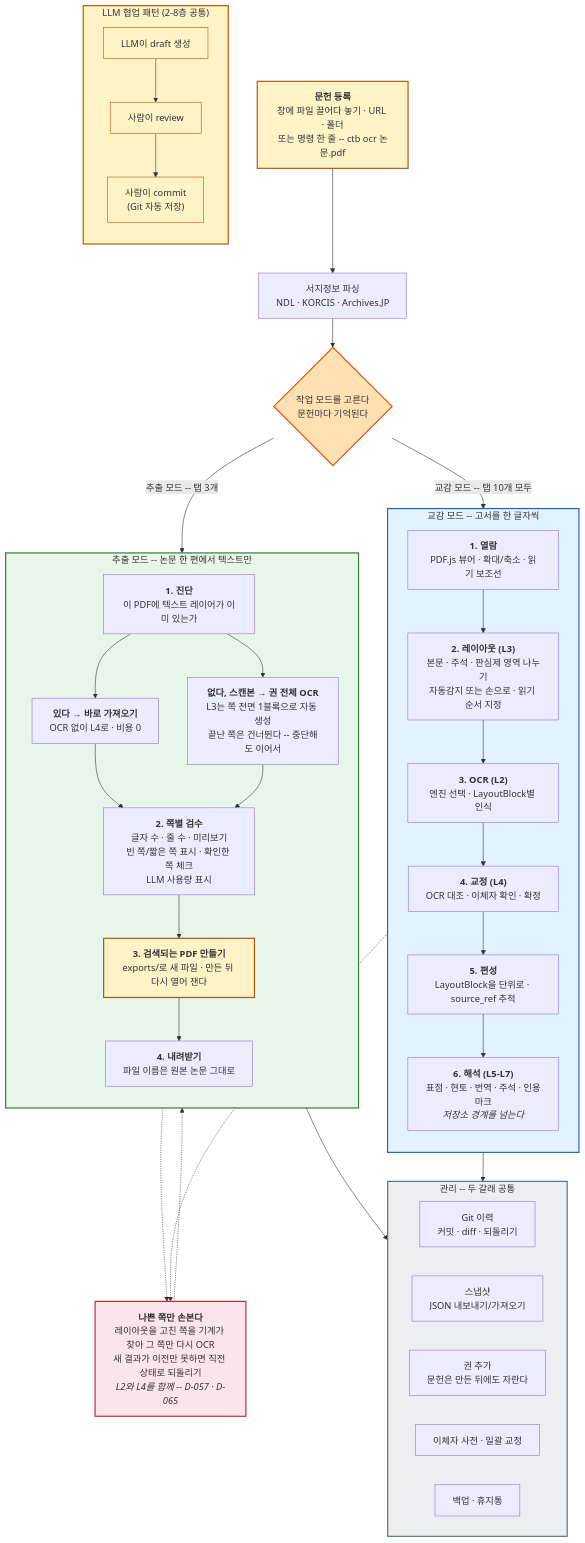
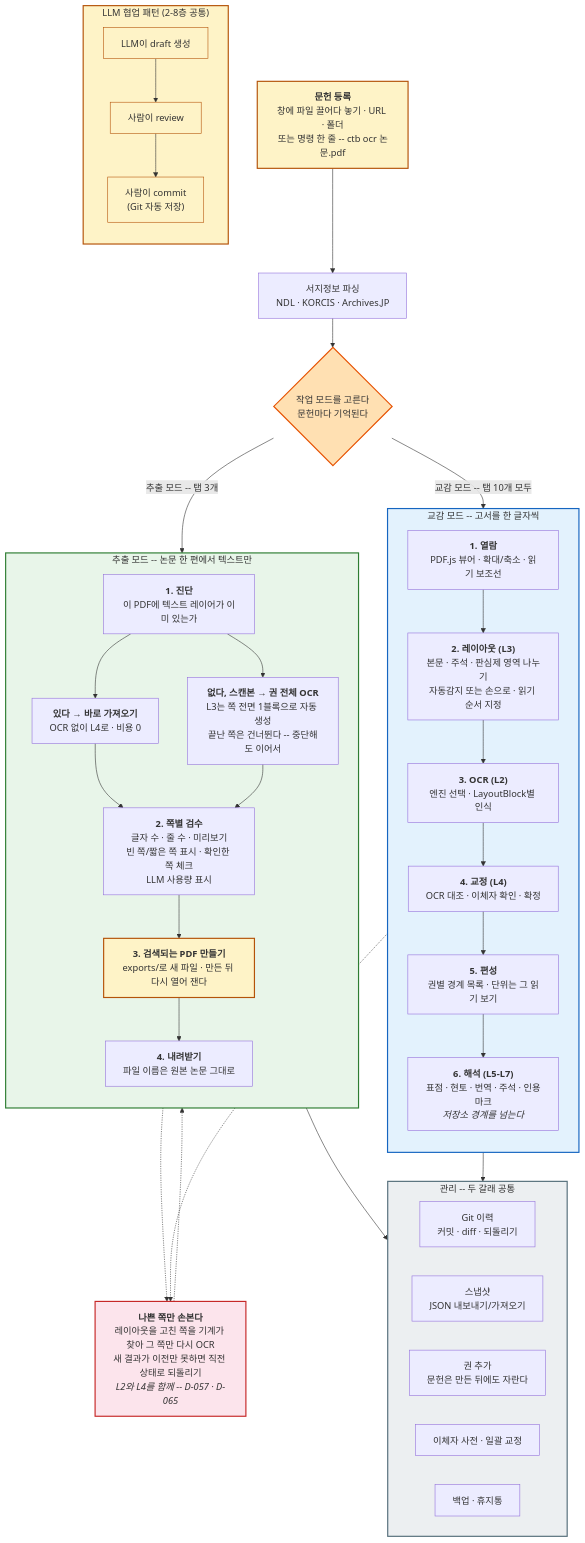
One commit to hw725/classical-text-browser changed the sixth of 14 diagrams in docs/architecture-diagrams.md. Above: the diagram before and after it, drawn with Mermaid. The commit also changed other lines of this file and 47 other files, not shown here.

````diff
--- a/docs/architecture-diagrams.md
+++ b/docs/architecture-diagrams.md
@@ -497,71 +499,71 @@
 ```mermaid
 flowchart TB
     START["<b>문헌 등록</b><br/>창에 파일 끌어다 놓기 · URL · 폴더<br/>또는 명령 한 줄 -- ctb ocr 논문.pdf"]
     BIBP["서지정보 파싱<br/>NDL · KORCIS · Archives.JP"]
     MODE{"작업 모드를 고른다<br/>문헌마다 기억된다"}
     START --> BIBP --> MODE
 
     MODE -->|"교감 모드 -- 탭 10개 모두"| C1
     MODE -->|"추출 모드 -- 탭 3개"| E1
 
     subgraph COLLATE["교감 모드 -- 고서를 한 글자씩"]
         direction TB
         C1["<b>1. 열람</b><br/>PDF.js 뷰어 · 확대/축소 · 읽기 보조선"]
         C2["<b>2. 레이아웃 (L3)</b><br/>본문 · 주석 · 판심제 영역 나누기<br/>자동감지 또는 손으로 · 읽기 순서 지정"]
         C3["<b>3. OCR (L2)</b><br/>엔진 선택 · LayoutBlock별 인식"]
         C4["<b>4. 교정 (L4)</b><br/>OCR 대조 · 이체자 확인 · 확정"]
-        C5["<b>5. 편성</b><br/>LayoutBlock을 단위로 · source_ref 추적"]
+        C5["<b>5. 편성</b><br/>권별 경계 목록 · 단위는 그 읽기 보기"]
         C6["<b>6. 해석 (L5-L7)</b><br/>표점 · 현토 · 번역 · 주석 · 인용마크<br/><i>저장소 경계를 넘는다</i>"]
         C1 --> C2 --> C3 --> C4 --> C5 --> C6
     end
 
     subgraph EXTRACT["추출 모드 -- 논문 한 편에서 텍스트만"]
         direction TB
         E1["<b>1. 진단</b><br/>이 PDF에 텍스트 레이어가 이미 있는가"]
         E2A["<b>있다 → 바로 가져오기</b><br/>OCR 없이 L4로 · 비용 0"]
         E2B["<b>없다, 스캔본 → 권 전체 OCR</b><br/>L3는 쪽 전면 1블록으로 자동 생성<br/>끝난 쪽은 건너뛴다 -- 중단해도 이어서"]
         E3["<b>2. 쪽별 검수</b><br/>글자 수 · 줄 수 · 미리보기<br/>빈 쪽/짧은 쪽 표시 · 확인한 쪽 체크<br/>LLM 사용량 표시"]
         E4["<b>3. 검색되는 PDF 만들기</b><br/>exports/로 새 파일 · 만든 뒤 다시 열어 잰다"]
         E5["<b>4. 내려받기</b><br/>파일 이름은 원본 논문 그대로"]
         E1 --> E2A --> E3
         E1 --> E2B --> E3
         E3 --> E4 --> E5
     end
 
     FIX["<b>나쁜 쪽만 손본다</b><br/>레이아웃을 고친 쪽을 기계가 찾아 그 쪽만 다시 OCR<br/>새 결과가 이전만 못하면 직전 상태로 되돌리기<br/><i>L2와 L4를 함께 -- D-057 · D-065</i>"]
     E3 -.-> FIX
     C4 -.-> FIX
     FIX -.-> E3
 
     subgraph MANAGE["관리 -- 두 갈래 공통"]
         direction LR
         M1["Git 이력<br/>커밋 · diff · 되돌리기"]
         M2["스냅샷<br/>JSON 내보내기/가져오기"]
         M3["권 추가<br/>문헌은 만든 뒤에도 자란다"]
         M4["이체자 사전 · 일괄 교정"]
         M5["백업 · 휴지통"]
     end
 
     COLLATE --> MANAGE
     EXTRACT --> MANAGE
 
     subgraph LLM_PATTERN["LLM 협업 패턴 (2-8층 공통)"]
         direction TB
         LP1["LLM이 draft 생성"]
         LP2["사람이 review"]
         LP3["사람이 commit<br/>(Git 자동 저장)"]
         LP1 --> LP2 --> LP3
     end
 
     style START fill:#fef3c7,stroke:#b45309,stroke-width:2px
     style MODE fill:#ffe0b2,stroke:#e65100,stroke-width:2px
     style COLLATE fill:#e3f2fd,stroke:#1565c0,stroke-width:2px
     style EXTRACT fill:#e8f5e9,stroke:#2e7d32,stroke-width:2px
     style FIX fill:#fce4ec,stroke:#c62828,stroke-width:2px
     style E4 fill:#fef3c7,stroke:#b45309,stroke-width:2px
     style MANAGE fill:#eceff1,stroke:#546e7a,stroke-width:2px
     style LLM_PATTERN fill:#fef3c7,stroke:#b45309,stroke-width:2px
     style LP1 fill:#fef3c7,stroke:#b45309
     style LP2 fill:#fef3c7,stroke:#b45309
     style LP3 fill:#fef3c7,stroke:#b45309
 ```
````
